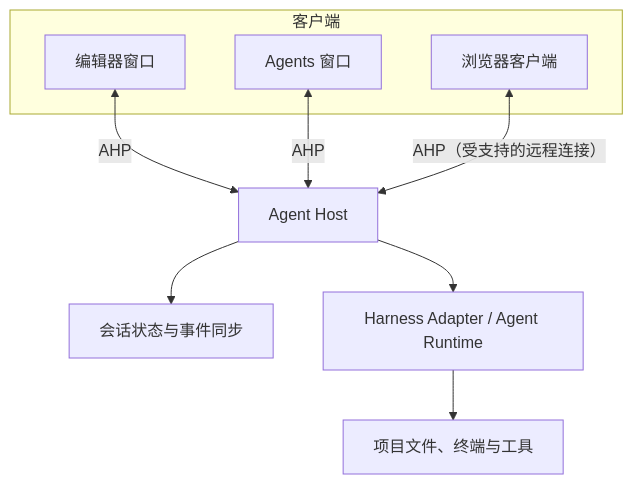
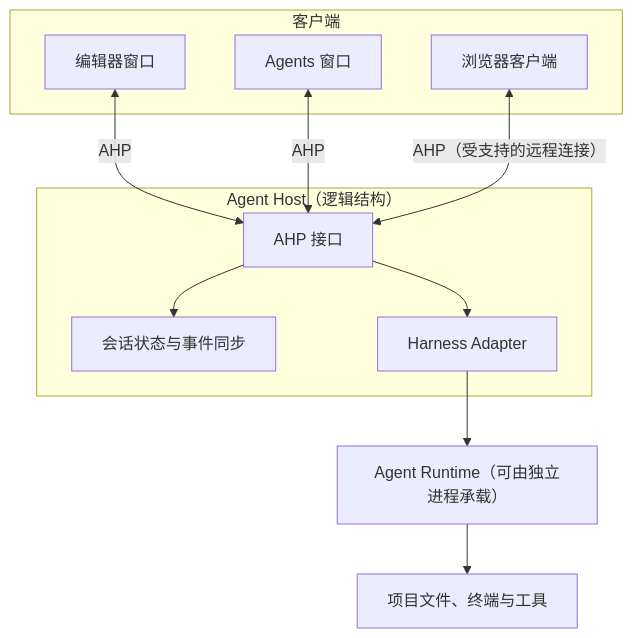
Before and after one commit to SSJ-ZYJ/SSJ-Blog: the sixth of 8 diagrams in src/content/posts/tech/from-language-servers-to-ai-agents.md, drawn with Mermaid. The commit also changed other lines of this file, not shown here.

````diff
--- a/src/content/posts/tech/from-language-servers-to-ai-agents.md
+++ b/src/content/posts/tech/from-language-servers-to-ai-agents.md
@@ -207,14 +207,20 @@
 ```mermaid
 flowchart TB
     subgraph Clients["客户端"]
         E["编辑器窗口"]
         G["Agents 窗口"]
         B["浏览器客户端"]
     end
-    E <-->|"AHP"| H["Agent Host"]
+    subgraph Host["Agent Host（逻辑结构）"]
+        H["AHP 接口"]
+        S["会话状态与事件同步"]
+        R["Harness Adapter"]
+        H --> S
+        H --> R
+    end
+    E <-->|"AHP"| H
     G <-->|"AHP"| H
     B <-->|"AHP（受支持的远程连接）"| H
-    H --> S["会话状态与事件同步"]
-    H --> R["Harness Adapter / Agent Runtime"]
-    R --> W["项目文件、终端与工具"]
+    R --> A["Agent Runtime（可由独立进程承载）"]
+    A --> W["项目文件、终端与工具"]
 ```
````
